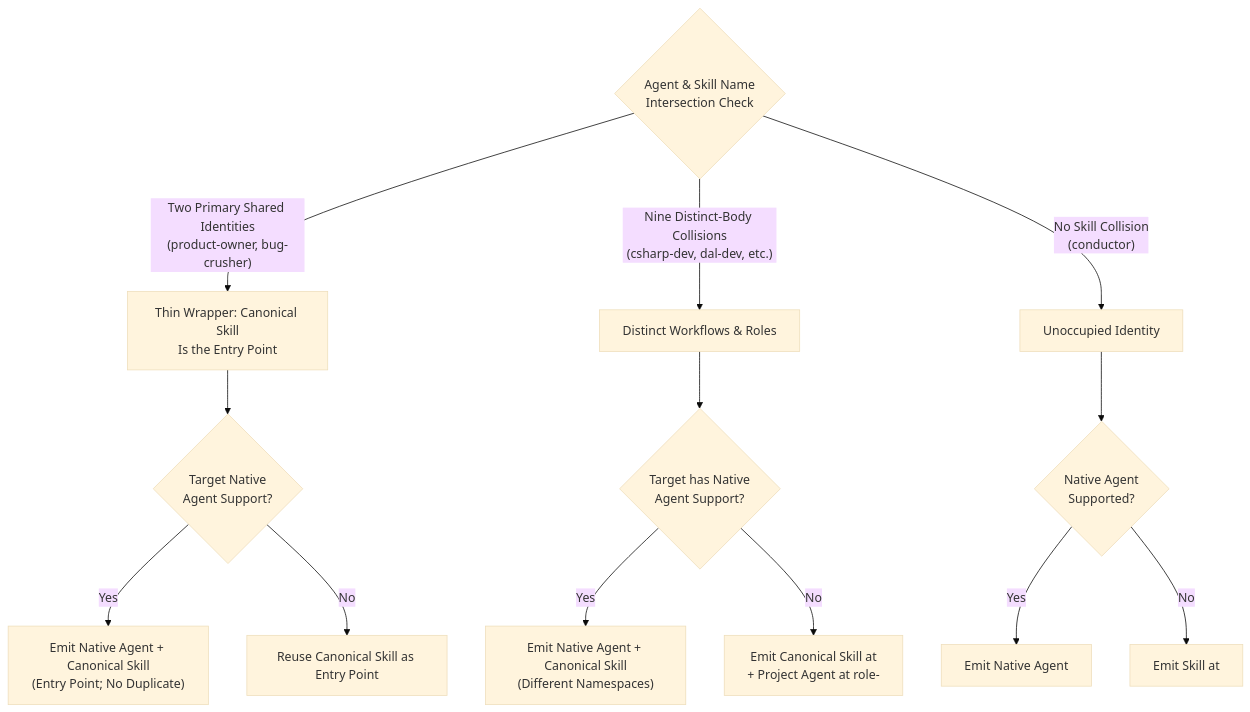
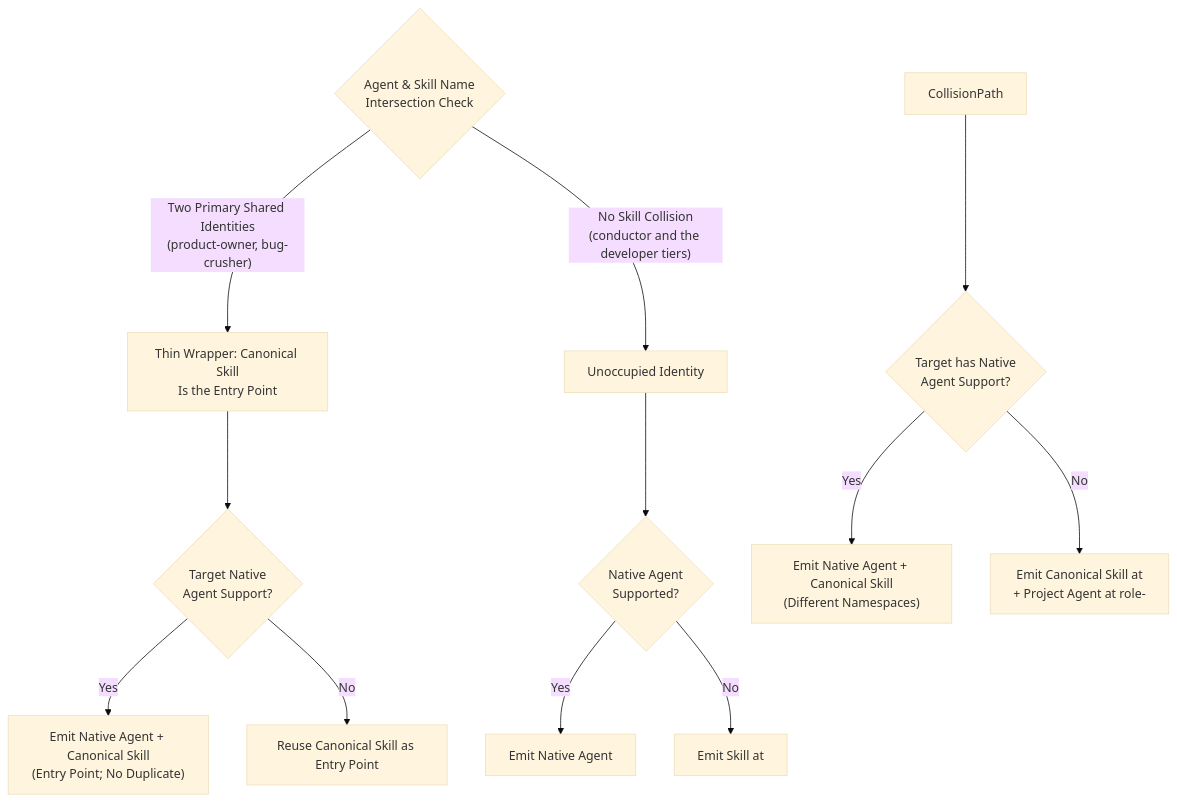
Before and after one commit to dpalfery/kyber-weave: the second of 8 diagrams in docs/kyber-squad/architecture.md, drawn with Mermaid (base theme). The commit also changed other lines of this file and 656 other files, not shown here.

````diff
--- a/docs/kyber-squad/architecture.md
+++ b/docs/kyber-squad/architecture.md
@@ -290,20 +293,19 @@
 ```mermaid
 flowchart TD
     Intersection{"Agent & Skill Name\nIntersection Check"}
 
     Intersection -->|"Two Primary Shared Identities\n(product-owner, bug-crusher)"| SharedPath["Thin Wrapper: Canonical Skill\nIs the Entry Point"]
-    Intersection -->|"Nine Distinct-Body Collisions\n(csharp-dev, dal-dev, etc.)"| CollisionPath["Distinct Workflows & Roles"]
-    Intersection -->|"No Skill Collision\n(conductor)"| UnoccupiedPath["Unoccupied Identity"]
+    Intersection -->|"No Skill Collision\n(conductor and the developer tiers)"| UnoccupiedPath["Unoccupied Identity"]
 
     SharedPath --> SharedCheck{"Target Native\nAgent Support?"}
     SharedCheck -->|"Yes"| SharedNative["Emit Native Agent + Canonical Skill\n(Entry Point; No Duplicate)"]
     SharedCheck -->|"No"| SharedLower["Reuse Canonical Skill as Entry Point"]
 
     CollisionPath --> FallbackCheck{"Target has Native\nAgent Support?"}
     FallbackCheck -->|"Yes"| NativeBoth["Emit Native Agent + Canonical Skill\n(Different Namespaces)"]
     FallbackCheck -->|"No"| LowerPrefixed["Emit Canonical Skill at <name>\n+ Project Agent at role-<name>"]
 
     UnoccupiedPath --> UnoccupiedCheck{"Native Agent\nSupported?"}
     UnoccupiedCheck -->|"Yes"| NativeAgent["Emit Native Agent"]
     UnoccupiedCheck -->|"No"| LowerDirect["Emit Skill at <name>"]
 ```
````
